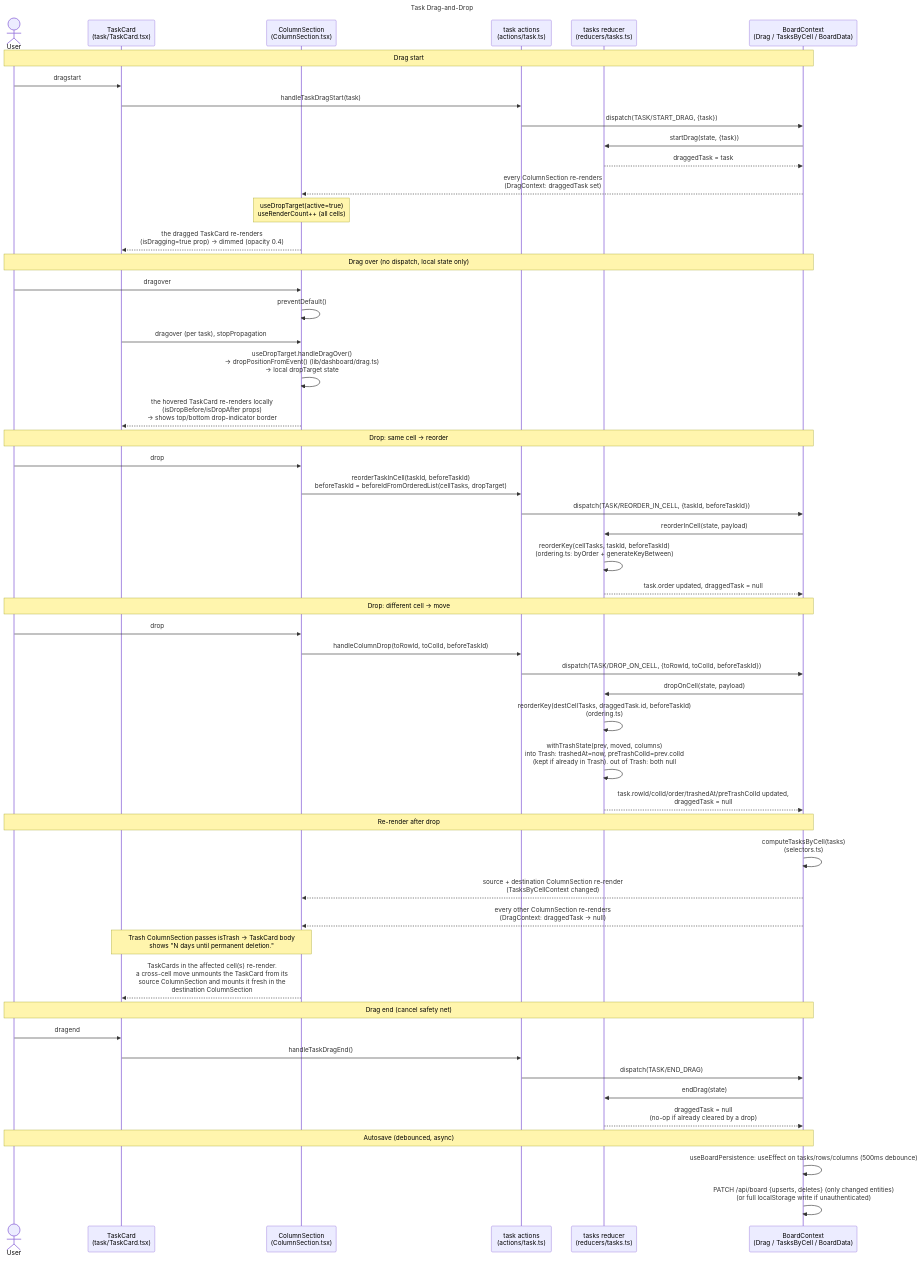
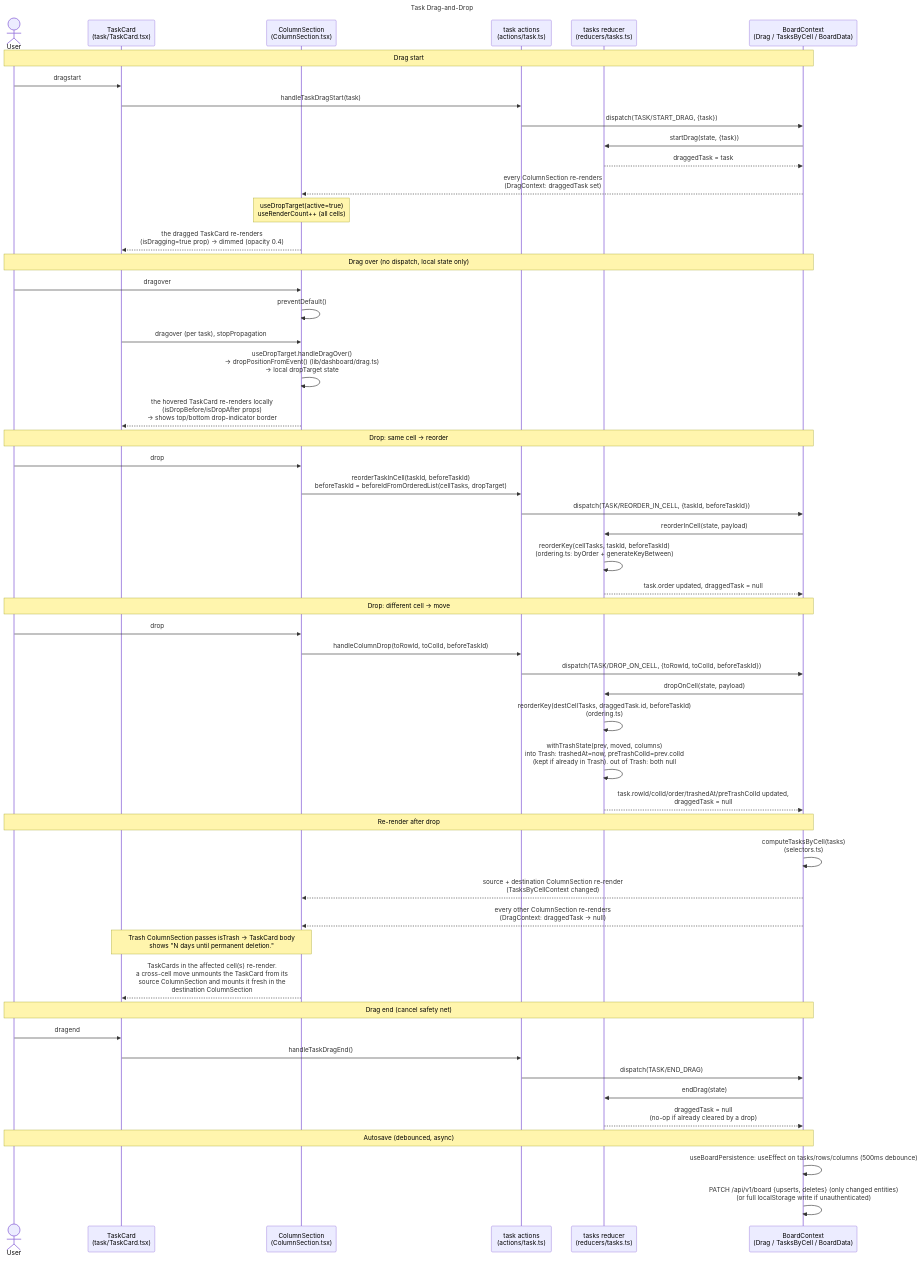
The diagram in docs/sequence-diagrams/task-drag-and-drop.mmd (kimdcottrell/kanaryboards), drawn with Mermaid before and after one commit. The commit also changed 73 other files, not shown here.

```diff
--- a/docs/sequence-diagrams/task-drag-and-drop.mmd
+++ b/docs/sequence-diagrams/task-drag-and-drop.mmd
@@ -1,62 +1,62 @@
 ---
 title: Task Drag-and-Drop
 ---
 sequenceDiagram
     actor User
     participant Card as TaskCard<br/>(task/TaskCard.tsx)
     participant Cell as ColumnSection<br/>(ColumnSection.tsx)
     participant Actions as task actions<br/>(actions/task.ts)
     participant Reducer as tasks reducer<br/>(reducers/tasks.ts)
     participant Ctx as BoardContext<br/>(Drag / TasksByCell / BoardData)
 
     Note over User,Ctx: Drag start
     User->>Card: dragstart
     Card->>Actions: handleTaskDragStart(task)
     Actions->>Ctx: dispatch(TASK/START_DRAG, {task})
     Ctx->>Reducer: startDrag(state, {task})
     Reducer-->>Ctx: draggedTask = task
     Ctx-->>Cell: every ColumnSection re-renders<br/>(DragContext: draggedTask set)
     Note over Cell: useDropTarget(active=true)<br/>useRenderCount++ (all cells)
     Cell-->>Card: the dragged TaskCard re-renders<br/>(isDragging=true prop) -> dimmed (opacity 0.4)
 
     Note over User,Ctx: Drag over (no dispatch, local state only)
     User->>Cell: dragover
     Cell->>Cell: preventDefault()
     Card->>Cell: dragover (per task), stopPropagation
     Cell->>Cell: useDropTarget.handleDragOver()<br/>-> dropPositionFromEvent() (lib/dashboard/drag.ts)<br/>-> local dropTarget state
     Cell-->>Card: the hovered TaskCard re-renders locally<br/>(isDropBefore/isDropAfter props)<br/>-> shows top/bottom drop-indicator border
 
     Note over User,Ctx: Drop: same cell -> reorder
     User->>Cell: drop
     Cell->>Actions: reorderTaskInCell(taskId, beforeTaskId)<br/>beforeTaskId = beforeIdFromOrderedList(cellTasks, dropTarget)
     Actions->>Ctx: dispatch(TASK/REORDER_IN_CELL, {taskId, beforeTaskId})
     Ctx->>Reducer: reorderInCell(state, payload)
     Reducer->>Reducer: reorderKey(cellTasks, taskId, beforeTaskId)<br/>(ordering.ts: byOrder + generateKeyBetween)
     Reducer-->>Ctx: task.order updated, draggedTask = null
 
     Note over User,Ctx: Drop: different cell -> move
     User->>Cell: drop
     Cell->>Actions: handleColumnDrop(toRowId, toColId, beforeTaskId)
     Actions->>Ctx: dispatch(TASK/DROP_ON_CELL, {toRowId, toColId, beforeTaskId})
     Ctx->>Reducer: dropOnCell(state, payload)
     Reducer->>Reducer: reorderKey(destCellTasks, draggedTask.id, beforeTaskId)<br/>(ordering.ts)
     Reducer->>Reducer: withTrashState(prev, moved, columns)<br/>into Trash: trashedAt=now, preTrashColId=prev.colId<br/>(kept if already in Trash). out of Trash: both null
     Reducer-->>Ctx: task.rowId/colId/order/trashedAt/preTrashColId updated,<br/>draggedTask = null
 
     Note over User,Ctx: Re-render after drop
     Ctx->>Ctx: computeTasksByCell(tasks)<br/>(selectors.ts)
     Ctx-->>Cell: source + destination ColumnSection re-render<br/>(TasksByCellContext changed)
     Ctx-->>Cell: every other ColumnSection re-renders<br/>(DragContext: draggedTask -> null)
     Note over Cell,Card: Trash ColumnSection passes isTrash -> TaskCard body<br/>shows "N days until permanent deletion."
     Cell-->>Card: TaskCards in the affected cell(s) re-render.<br/>a cross-cell move unmounts the TaskCard from its<br/>source ColumnSection and mounts it fresh in the<br/>destination ColumnSection
 
     Note over User,Ctx: Drag end (cancel safety net)
     User->>Card: dragend
     Card->>Actions: handleTaskDragEnd()
     Actions->>Ctx: dispatch(TASK/END_DRAG)
     Ctx->>Reducer: endDrag(state)
     Reducer-->>Ctx: draggedTask = null<br/>(no-op if already cleared by a drop)
 
     Note over User,Ctx: Autosave (debounced, async)
     Ctx->>Ctx: useBoardPersistence: useEffect on tasks/rows/columns (500ms debounce)
-    Ctx->>Ctx: PATCH /api/board {upserts, deletes} (only changed entities)<br/>(or full localStorage write if unauthenticated)
+    Ctx->>Ctx: PATCH /api/v1/board {upserts, deletes} (only changed entities)<br/>(or full localStorage write if unauthenticated)
```
